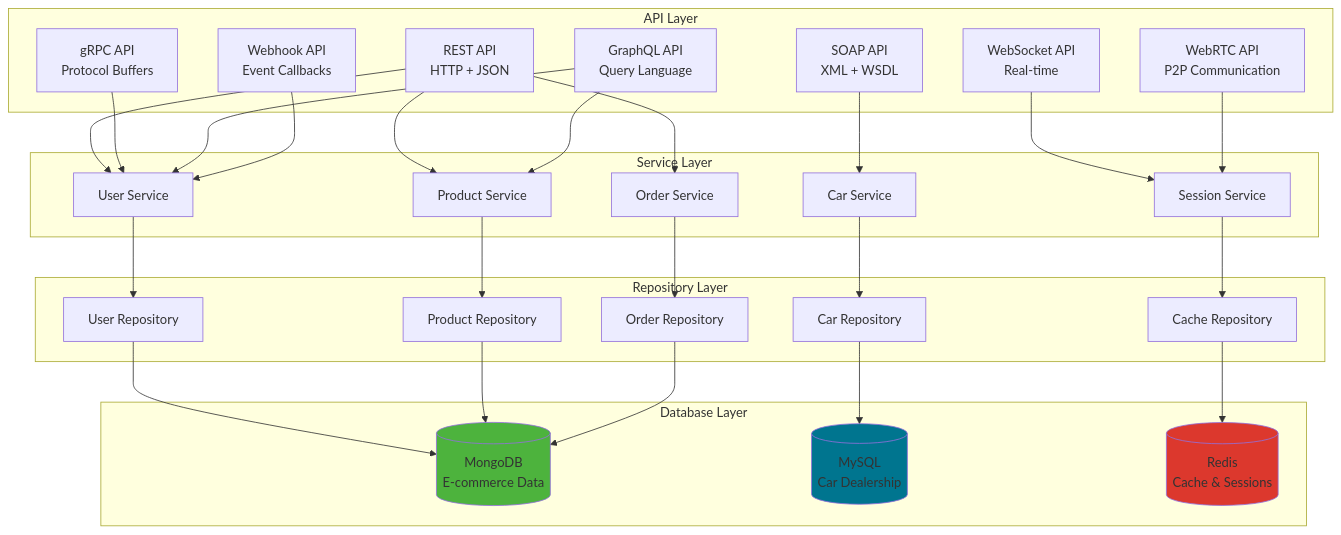
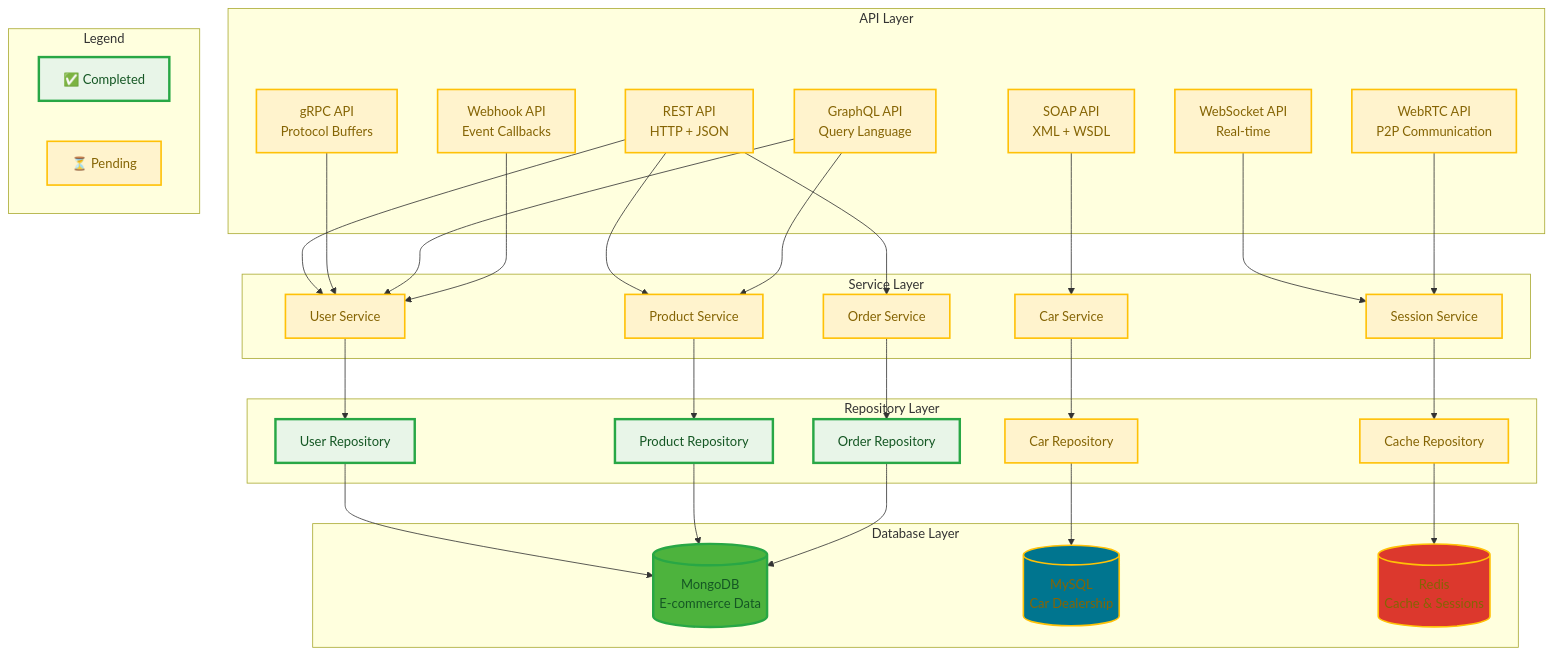
Before and after one commit to mckriel/api-server: the diagram in README.md, drawn with Mermaid.

Commit message:
update diagram

````diff
--- a/README.md
+++ b/README.md
@@ -51,6 +51,11 @@
         Redis[(Redis<br/>Cache & Sessions)]
     end
 
+    subgraph "Legend"
+        Completed[✅ Completed]
+        Pending[⏳ Pending]
+    end
+
     REST --> UserSvc
     REST --> ProductSvc
     REST --> OrderSvc
@@ -74,7 +79,24 @@
     CarRepo --> MySQL
     CacheRepo --> Redis
 
+    %% Database styling
     style MongoDB fill:#4DB33D
     style MySQL fill:#00758F
     style Redis fill:#DC382D
+
+    %% Completed components (green stroke and fill)
+    classDef completed fill:#E8F5E8,stroke:#28a745,stroke-width:3px,color:#155724
+    classDef pending fill:#FFF3CD,stroke:#ffc107,stroke-width:2px,color:#856404
+
+    %% Apply completed styling to implemented components
+    class UserRepo,ProductRepo,OrderRepo,MongoDB completed
+    
+    %% Apply pending styling to not-yet-implemented components
+    class CarRepo,CacheRepo,MySQL,Redis pending
+    class UserSvc,ProductSvc,OrderSvc,CarSvc,SessionSvc pending
+    class REST,SOAP,GRPC,GraphQL,WS,WebRTC,Webhook pending
+
+    %% Legend styling
+    style Completed fill:#E8F5E8,stroke:#28a745,stroke-width:3px,color:#155724
+    style Pending fill:#FFF3CD,stroke:#ffc107,stroke-width:2px,color:#856404
 ```
````
